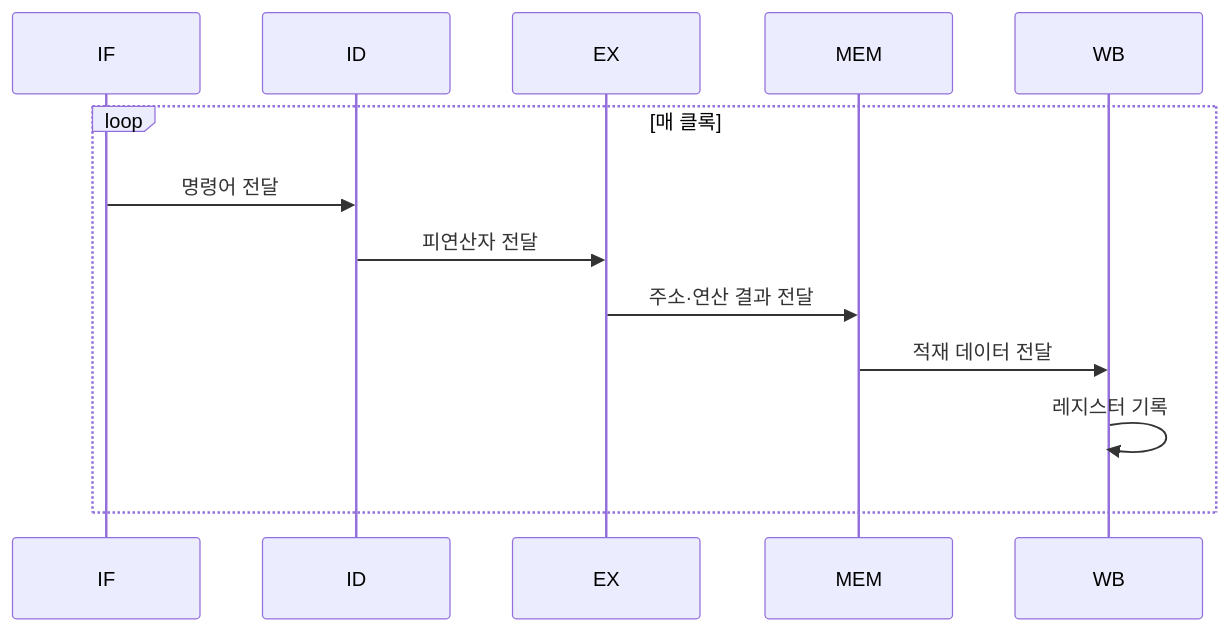
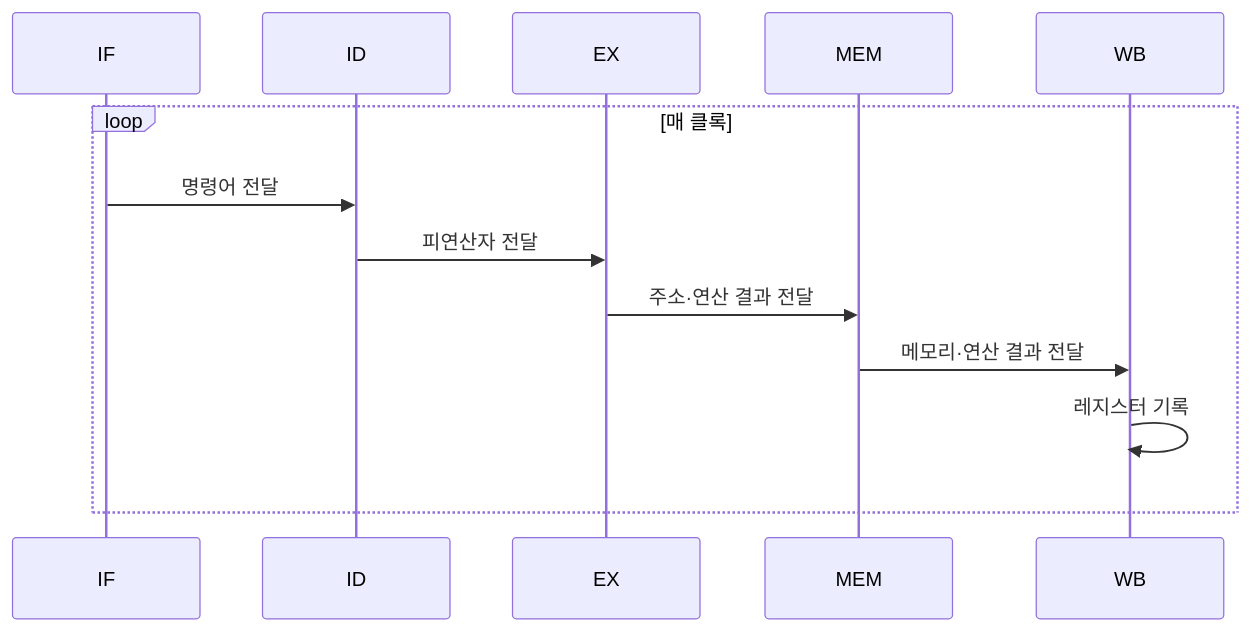
One commit to agnusdei1207/knowledge-base changed the second of 2 diagrams in src/content/docs/notes/02-hardware/006_pipelining.md. Above: the diagram before and after it, drawn with Mermaid. The commit also changed other lines of this file and 7 other files, not shown here.

````diff
--- a/src/content/docs/notes/02-hardware/006_pipelining.md
+++ b/src/content/docs/notes/02-hardware/006_pipelining.md
@@ -91,15 +91,15 @@
 ```mermaid
 sequenceDiagram
     participant F as IF
     participant D as ID
     participant E as EX
     participant M as MEM
     participant W as WB
     loop 매 클록
         F->>D: 명령어 전달
         D->>E: 피연산자 전달
         E->>M: 주소·연산 결과 전달
-        M->>W: 적재 데이터 전달
+        M->>W: 메모리·연산 결과 전달
         W->>W: 레지스터 기록
     end
 ```
````
